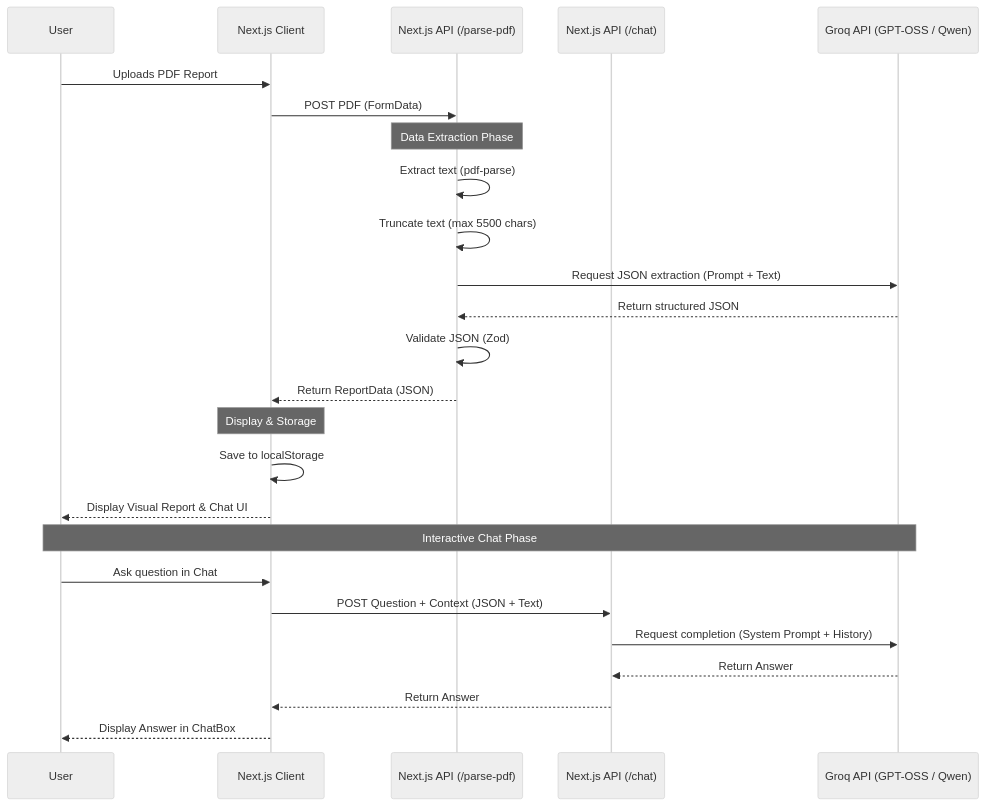
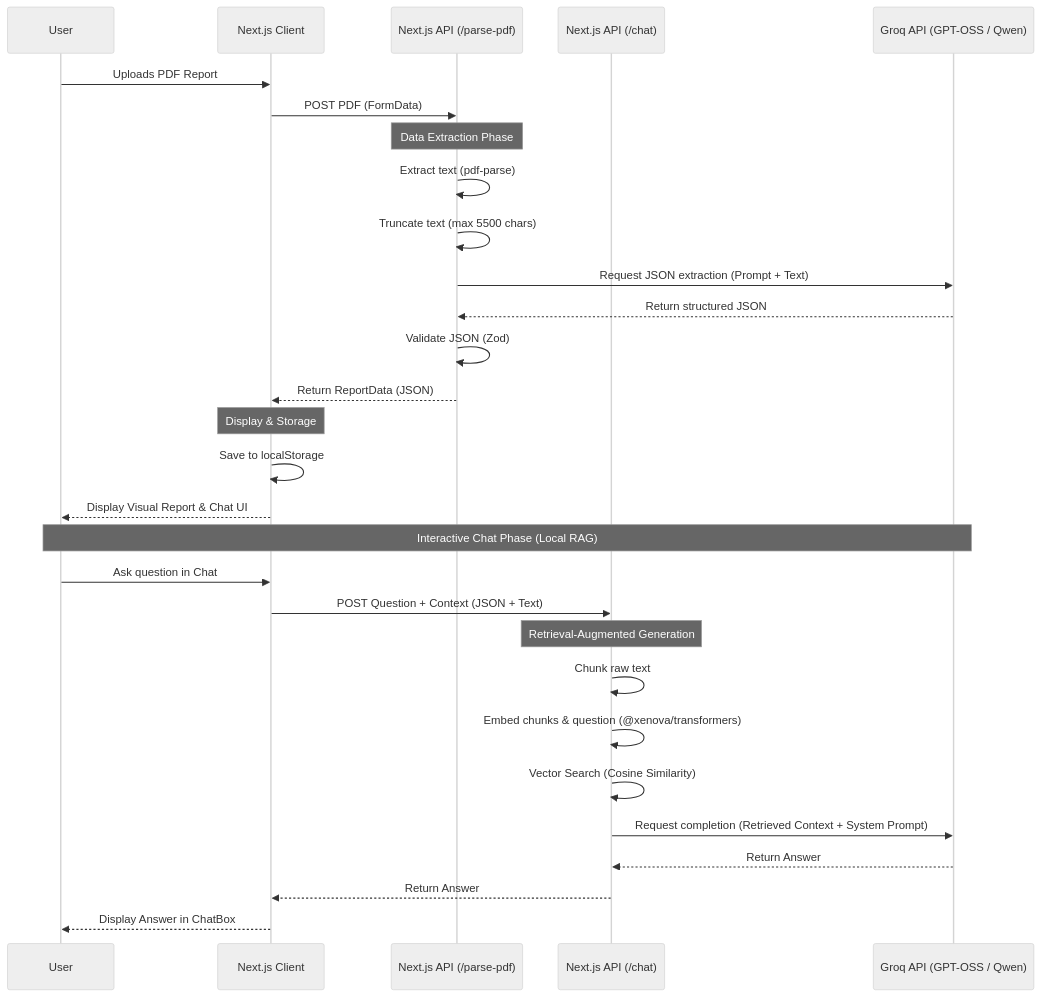
Before and after one commit to NivedhN160/Labmate: the diagram in ARCHITECTURE.md, drawn with Mermaid (neutral theme). The commit also changed other lines of this file and 1 other file, not shown here.

Commit message:
docs: update README and ARCHITECTURE to reflect local RAG capabilities

````diff
--- a/ARCHITECTURE.md
+++ b/ARCHITECTURE.md
@@ -7,31 +7,36 @@
 ```mermaid
 sequenceDiagram
     participant U as User
     participant C as Next.js Client
     participant S as Next.js API (/parse-pdf)
     participant Chat as Next.js API (/chat)
     participant LLM as Groq API (GPT-OSS / Qwen)
 
     U->>C: Uploads PDF Report
     C->>S: POST PDF (FormData)
     
     note over S: Data Extraction Phase
     S->>S: Extract text (pdf-parse)
     S->>S: Truncate text (max 5500 chars)
     S->>LLM: Request JSON extraction (Prompt + Text)
     LLM-->>S: Return structured JSON
     S->>S: Validate JSON (Zod)
     S-->>C: Return ReportData (JSON)
     
     note over C: Display & Storage
     C->>C: Save to localStorage
     C-->>U: Display Visual Report & Chat UI
     
-    note over U, LLM: Interactive Chat Phase
+    note over U, LLM: Interactive Chat Phase (Local RAG)
     U->>C: Ask question in Chat
     C->>Chat: POST Question + Context (JSON + Text)
-    Chat->>LLM: Request completion (System Prompt + History)
+    
+    note over Chat: Retrieval-Augmented Generation
+    Chat->>Chat: Chunk raw text
+    Chat->>Chat: Embed chunks & question (@xenova/transformers)
+    Chat->>Chat: Vector Search (Cosine Similarity)
+    Chat->>LLM: Request completion (Retrieved Context + System Prompt)
     LLM-->>Chat: Return Answer
     Chat-->>C: Return Answer
     C-->>U: Display Answer in ChatBox
 ```
````
